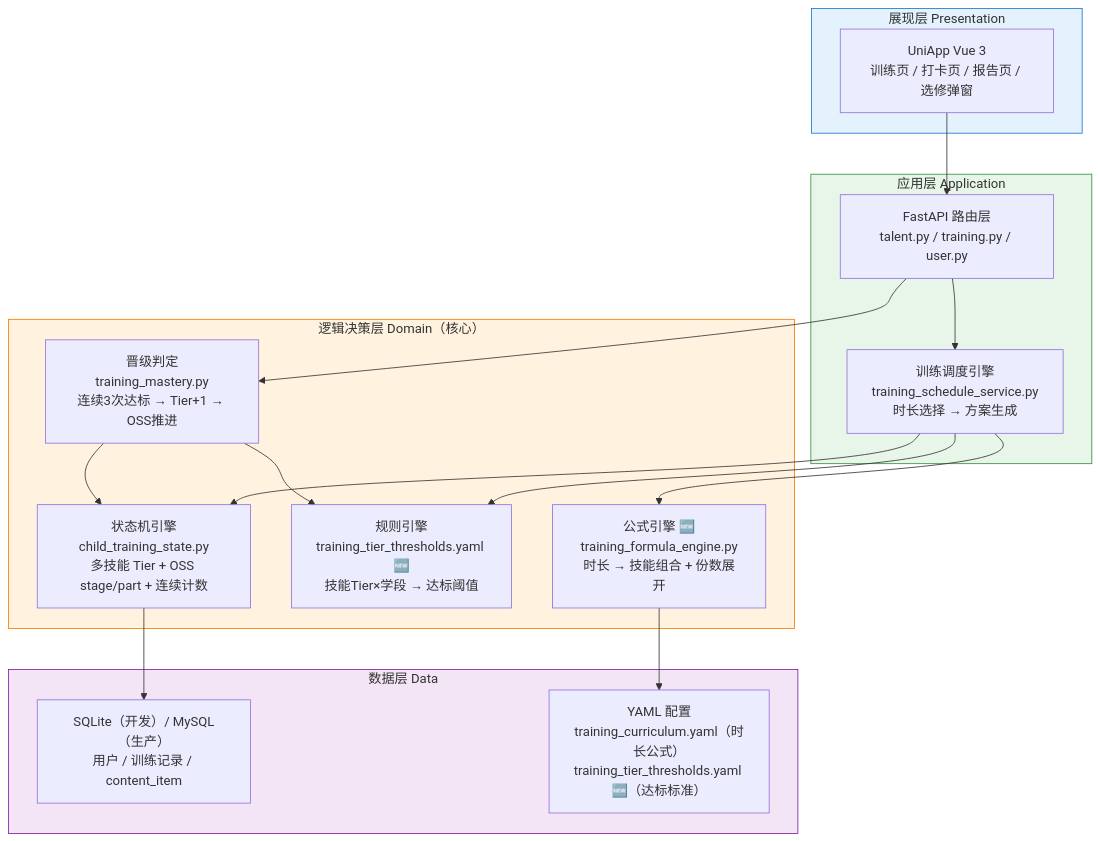
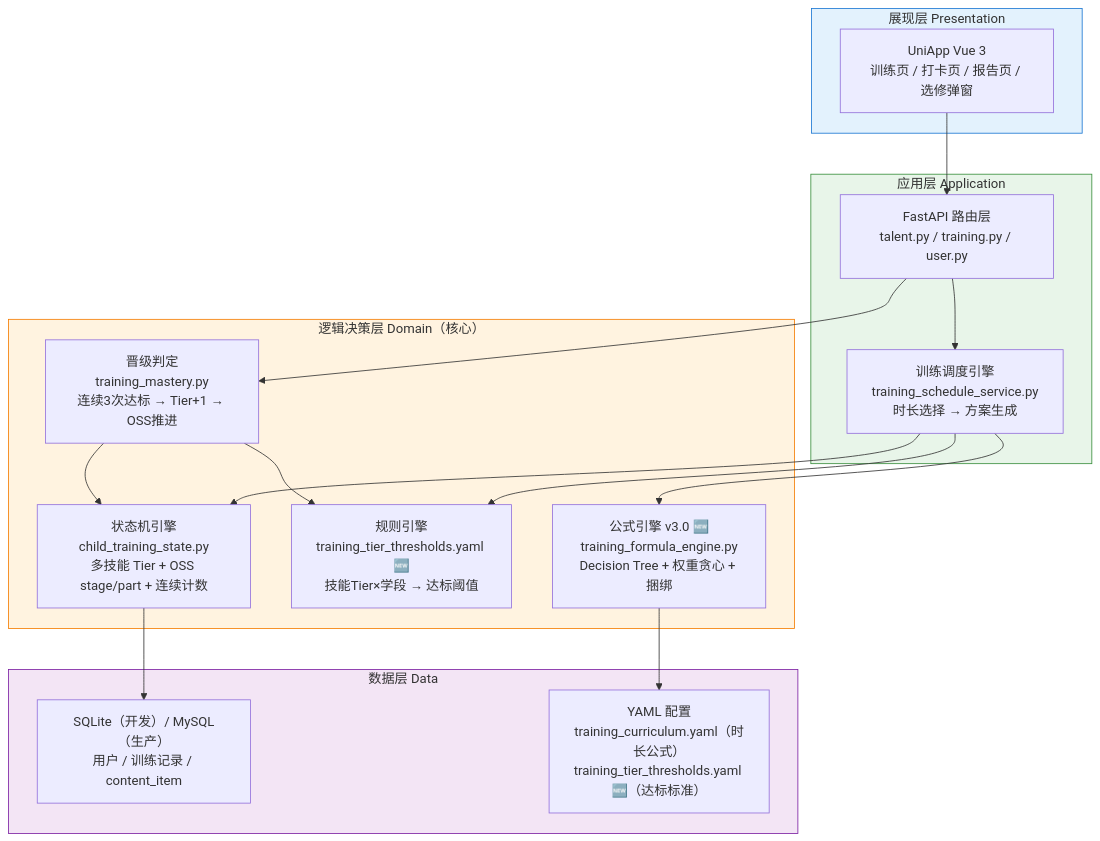
The third of 8 diagrams in docs/体系架构设计.md (quppwork/Jnao_tianfu_daka), drawn with Mermaid before and after one commit. The commit also changed other lines of this file and 15 other files, not shown here.

First line of the commit message:
feat: v3.0 Decision Tree + Strategy Pipeline 权重排课引擎

````diff
--- a/docs/体系架构设计.md
+++ b/docs/体系架构设计.md
@@ -116,39 +117,39 @@
 ```mermaid
 graph TB
     subgraph L3["展现层 Presentation"]
         VUE["UniApp Vue 3<br/>训练页 / 打卡页 / 报告页 / 选修弹窗"]
     end
 
     subgraph L2["应用层 Application"]
         API["FastAPI 路由层<br/>talent.py / training.py / user.py"]
         SCHED["训练调度引擎<br/>training_schedule_service.py<br/>时长选择 → 方案生成"]
     end
 
     subgraph L1["逻辑决策层 Domain（核心）"]
         STATE["状态机引擎<br/>child_training_state.py<br/>多技能 Tier + OSS stage/part + 连续计数"]
         RULES["规则引擎<br/>training_tier_thresholds.yaml 🆕<br/>技能Tier×学段 → 达标阈值"]
-        FORMULA["公式引擎 🆕<br/>training_formula_engine.py<br/>时长 → 技能组合 + 份数展开"]
+        FORMULA["公式引擎 v3.0 🆕<br/>training_formula_engine.py<br/>Decision Tree + 权重贪心 + 捆绑"]
         MASTERY["晋级判定<br/>training_mastery.py<br/>连续3次达标 → Tier+1 → OSS推进"]
     end
 
     subgraph L0["数据层 Data"]
         DB["SQLite（开发）/ MySQL（生产）<br/>用户 / 训练记录 / content_item"]
         CONFIG["YAML 配置<br/>training_curriculum.yaml（时长公式）<br/>training_tier_thresholds.yaml 🆕（达标标准）"]
     end
 
     VUE --> API
     API --> SCHED
     SCHED --> STATE
     SCHED --> FORMULA
     SCHED --> RULES
     API --> MASTERY
     MASTERY --> STATE
     MASTERY --> RULES
     STATE --> DB
     FORMULA --> CONFIG
 
     style L3 fill:#e3f2fd,stroke:#1976d2
     style L2 fill:#e8f5e9,stroke:#388e3c
     style L1 fill:#fff3e0,stroke:#f57c00
     style L0 fill:#f3e5f5,stroke:#7b1fa2
 ```
````
